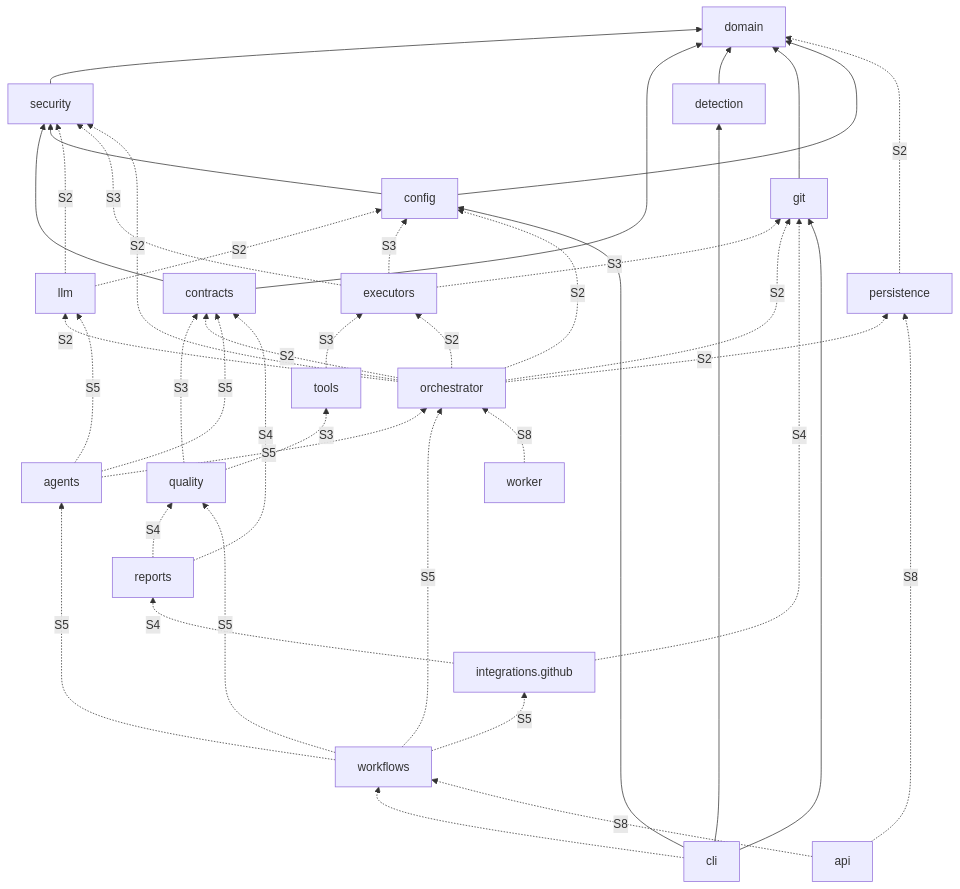
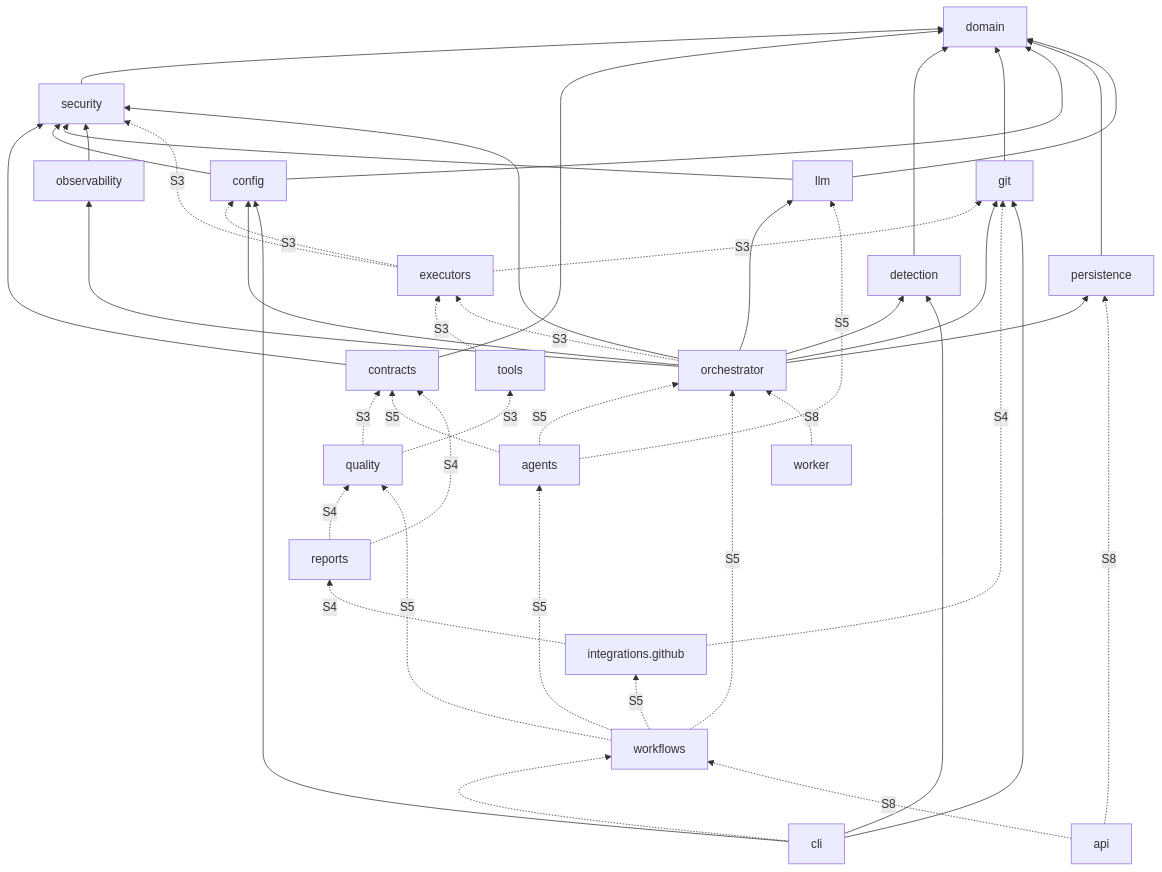
Before and after one commit to aitmaganbetov/ai-coding-platform: the diagram in docs/architecture/modules.md, drawn with Mermaid. The commit also changed other lines of this file and 76 other files, not shown here.

````diff
--- a/docs/architecture/modules.md
+++ b/docs/architecture/modules.md
@@ -61,23 +65,25 @@
 ```mermaid
 flowchart BT
     domain
     security --> domain
     contracts --> security & domain
     detection --> domain
     git --> domain
     config --> security & domain
-    persistence -.S2.-> domain
-    llm -.S2.-> security & config
+    persistence --> domain
+    llm --> security & domain
+    observability --> security
     executors -.S3.-> security & config & git
     tools -.S3.-> executors
     quality -.S3.-> tools & contracts
-    orchestrator -.S2.-> persistence & contracts & config & security & llm & executors & git
+    orchestrator --> persistence & config & security & llm & git & detection & observability
+    orchestrator -.S3.-> executors
     agents -.S5.-> contracts & llm & orchestrator
     reports -.S4.-> quality & contracts
     github[integrations.github] -.S4.-> git & reports
     workflows -.S5.-> orchestrator & agents & quality & github
     cli --> config & detection & git
     cli -.-> workflows
     api -.S8.-> workflows & persistence
     worker -.S8.-> orchestrator
 ```
````
